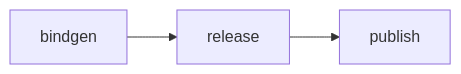
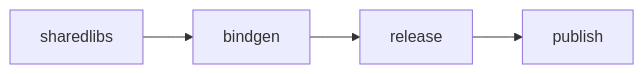
The diagram in lib/uniffi-zcash-cli/README.md (eigerco/uniffi-zcash-lib), drawn with Mermaid before and after one commit. The commit also changed other lines of this file and 2 other files, not shown here.

````diff
--- a/lib/uniffi-zcash-cli/README.md
+++ b/lib/uniffi-zcash-cli/README.md
@@ -41,4 +40,4 @@
 ```mermaid
 graph LR;
-bindgen-->release-->publish;
+sharedlibs-->bindgen-->release-->publish;
 ```
````
